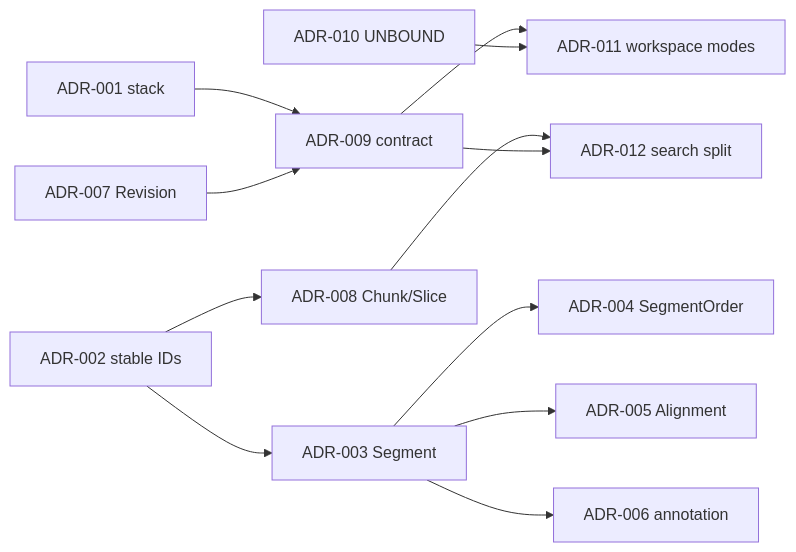
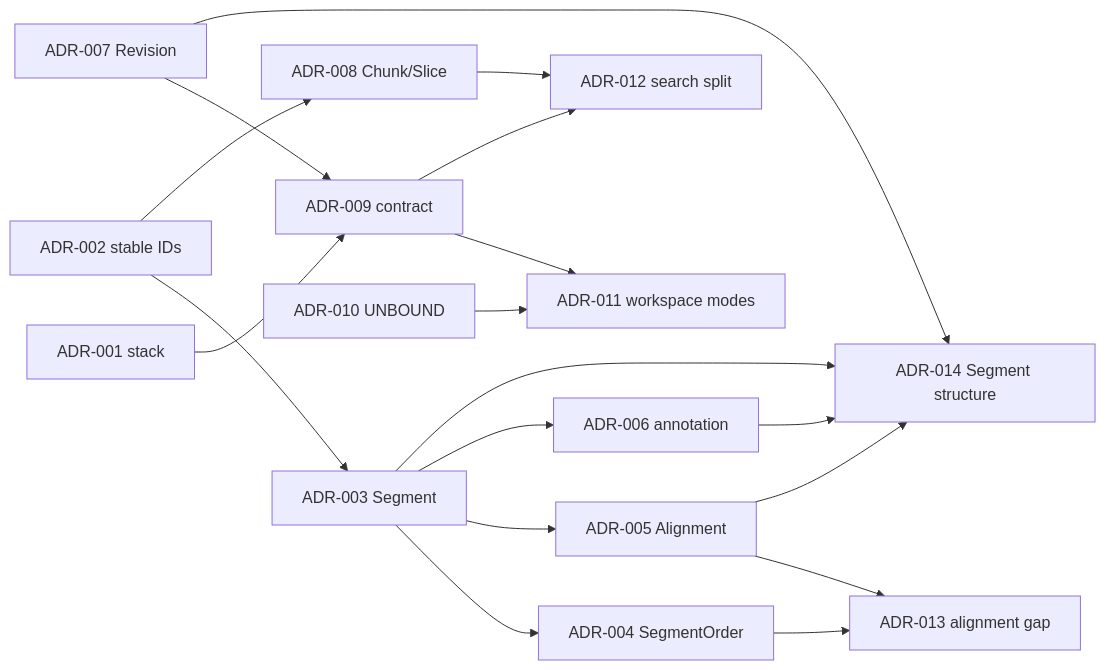
One commit to klxxv/myJueming changed the diagram in docs/adr/000-index.md. Above: the diagram before and after it, drawn with Mermaid. The commit also changed other lines of this file and 23 other files, not shown here.

Commit message:
feat: complete segment structure operations

````diff
--- a/docs/adr/000-index.md
+++ b/docs/adr/000-index.md
@@ -26,17 +28,23 @@
 ```mermaid
 flowchart LR
     accTitle: Phase 0 ADR dependencies
     accDescr: The stack and identity decisions support the canonical model, storage and protocol decisions, which support the shared workspace and search behavior.
 
     adr_001["ADR-001 stack"] --> adr_009["ADR-009 contract"]
     adr_002["ADR-002 stable IDs"] --> adr_003["ADR-003 Segment"]
     adr_003 --> adr_004["ADR-004 SegmentOrder"]
     adr_003 --> adr_005["ADR-005 Alignment"]
     adr_003 --> adr_006["ADR-006 annotation"]
     adr_002 --> adr_008["ADR-008 Chunk/Slice"]
     adr_007["ADR-007 Revision"] --> adr_009
     adr_009 --> adr_011["ADR-011 workspace modes"]
     adr_008 --> adr_012["ADR-012 search split"]
     adr_009 --> adr_012
     adr_010["ADR-010 UNBOUND"] --> adr_011
+    adr_004 --> adr_013["ADR-013 alignment gap"]
+    adr_005 --> adr_013
+    adr_003 --> adr_014["ADR-014 Segment structure"]
+    adr_005 --> adr_014
+    adr_006 --> adr_014
+    adr_007 --> adr_014
 ```
````
